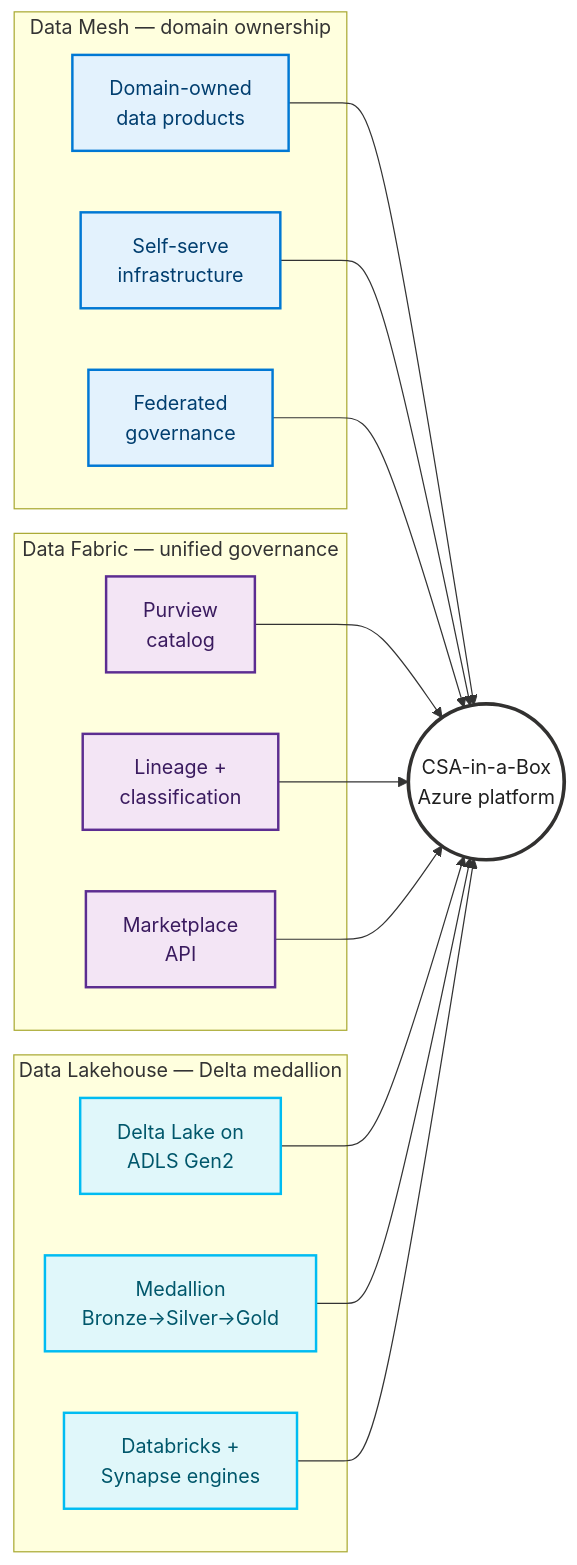
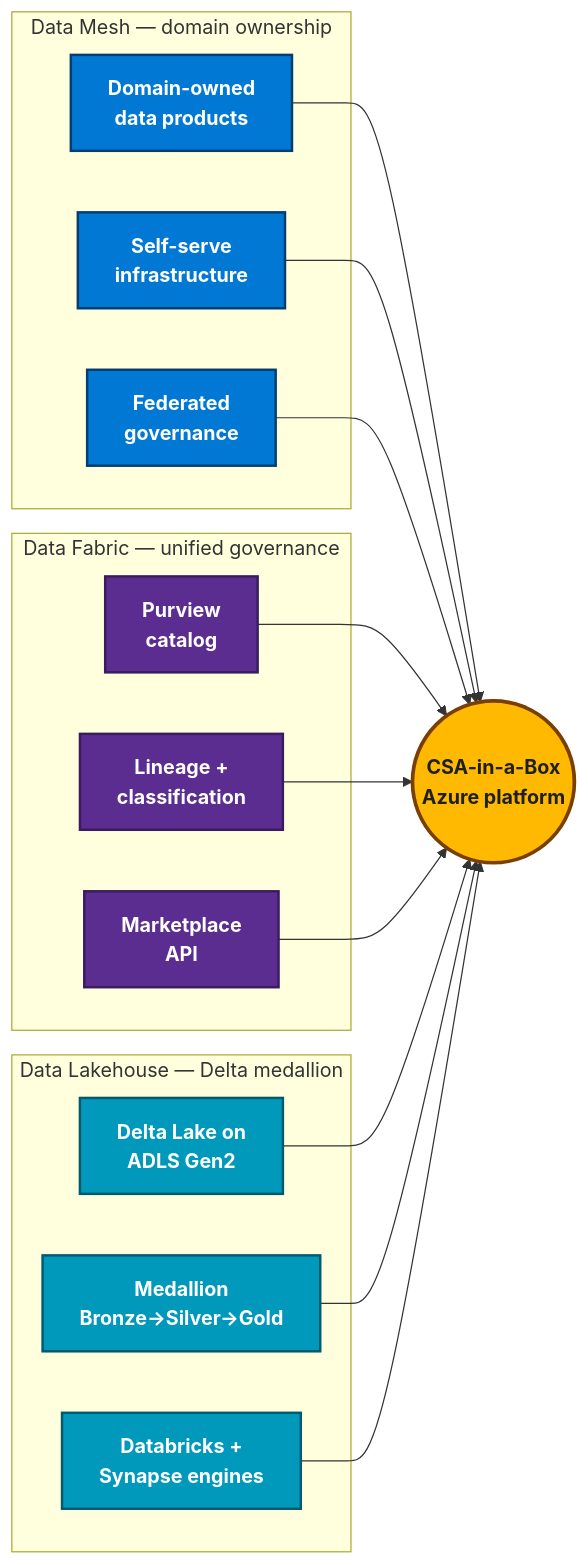
The diagram in docs/index.md (fgarofalo56/csa-inabox), drawn with Mermaid before and after one commit. The commit also changed 4 other files, not shown here.

First line of the commit message:
fix(docs): hero banners above H1, fix Mermaid dark-mode readability

````diff
--- a/docs/index.md
+++ b/docs/index.md
@@ -94,47 +94,47 @@
 ```mermaid
 flowchart LR
-    classDef mesh   fill:#E3F2FD,stroke:#0078D4,color:#003E6F,stroke-width:2px
-    classDef fabric fill:#F3E5F5,stroke:#5C2D91,color:#3A1B5F,stroke-width:2px
-    classDef lake   fill:#E0F7FA,stroke:#00BCF2,color:#00576B,stroke-width:2px
-    classDef hub    fill:#FFFFFF,stroke:#323130,color:#1F1F1F,stroke-width:3px
+    classDef mesh   fill:#0078D4,stroke:#003E6F,color:#FFFFFF,stroke-width:2px,font-weight:bold
+    classDef fabric fill:#5C2D91,stroke:#3A1B5F,color:#FFFFFF,stroke-width:2px,font-weight:bold
+    classDef lake   fill:#0099BC,stroke:#005A6E,color:#FFFFFF,stroke-width:2px,font-weight:bold
+    classDef hub    fill:#FFB900,stroke:#7A3F00,color:#1F1F1F,stroke-width:3px,font-weight:bold
 
     M1[Domain-owned<br/>data products]:::mesh
     M2[Self-serve<br/>infrastructure]:::mesh
     M3[Federated<br/>governance]:::mesh
 
     F1[Purview<br/>catalog]:::fabric
     F2[Lineage +<br/>classification]:::fabric
     F3[Marketplace<br/>API]:::fabric
 
     L1[Delta Lake on<br/>ADLS Gen2]:::lake
     L2[Medallion<br/>Bronze→Silver→Gold]:::lake
     L3[Databricks +<br/>Synapse engines]:::lake
 
     HUB((CSA-in-a-Box<br/>Azure platform)):::hub
 
     M1 --> HUB
     M2 --> HUB
     M3 --> HUB
     F1 --> HUB
     F2 --> HUB
     F3 --> HUB
     L1 --> HUB
     L2 --> HUB
     L3 --> HUB
 
     subgraph MESH["Data Mesh — domain ownership"]
         M1
         M2
         M3
     end
     subgraph FABRIC["Data Fabric — unified governance"]
         F1
         F2
         F3
     end
     subgraph LAKE["Data Lakehouse — Delta medallion"]
         L1
         L2
         L3
     end
 ```
````
